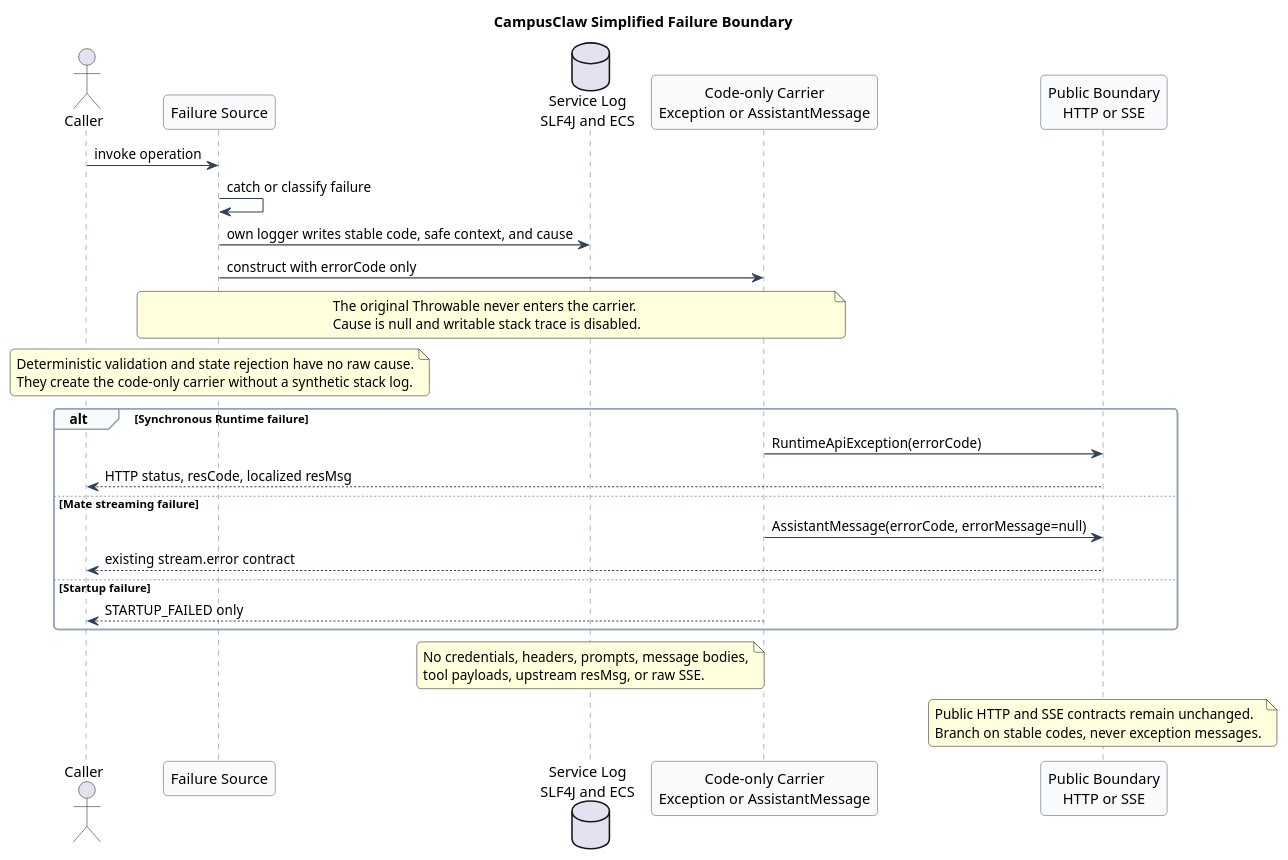
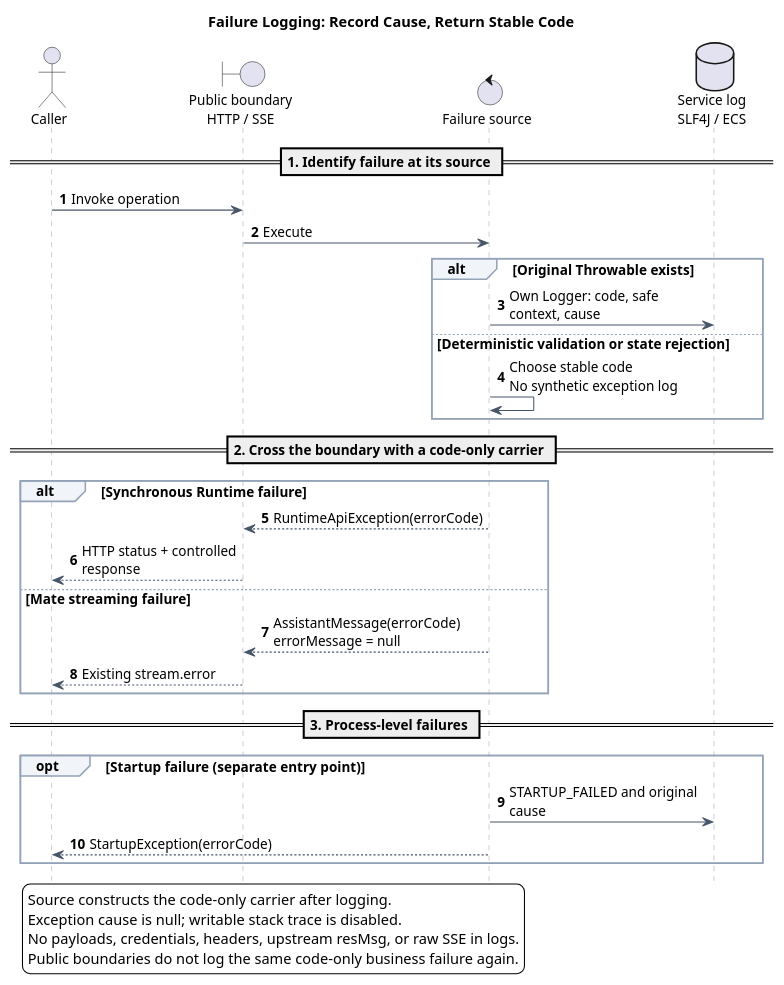
The diagram in 01-总体架构/05-CampusClaw调用日志/diagram.puml (ssm0808/pi-mono-java-design), drawn with PlantUML before and after one commit. The commit also changed 212 other files, not shown here.

Commit message:
docs(design): 精简模块文档并重排全仓设计图

```diff
--- a/01-总体架构/05-CampusClaw调用日志/diagram.puml
+++ b/01-总体架构/05-CampusClaw调用日志/diagram.puml
@@ -18,57 +18,55 @@
 @startuml campusclaw_failure_boundary
-title CampusClaw Simplified Failure Boundary
 
-skinparam backgroundColor #FFFFFF
+title Failure Logging: Record Cause, Return Stable Code
+autonumber
+hide footbox
+skinparam backgroundColor white
 skinparam shadowing false
-skinparam roundcorner 8
+skinparam defaultFontSize 13
+skinparam maxMessageSize 190
+skinparam BoxPadding 10
 skinparam sequence {
-  ArrowColor #334155
-  LifeLineBorderColor #64748B
-  LifeLineBackgroundColor #F8FAFC
-  ParticipantBorderColor #475569
+  ArrowColor #475569
+  LifeLineBorderColor #94A3B8
+  ParticipantBorderColor #64748B
   ParticipantBackgroundColor #F8FAFC
   GroupBorderColor #94A3B8
-  GroupBackgroundColor #F8FAFC
+  GroupBackgroundColor #F1F5F9
 }
 
 actor Caller
-participant "Failure Source" as Source
-database "Service Log\nSLF4J and ECS" as Log
-participant "Code-only Carrier\nException or AssistantMessage" as Carrier
-participant "Public Boundary\nHTTP or SSE" as Public
+boundary "Public boundary\nHTTP / SSE" as Public
+control "Failure source" as Source
+database "Service log\nSLF4J / ECS" as Log
 
-Caller -> Source : invoke operation
-Source -> Source : catch or classify failure
-Source -> Log : own logger writes stable code, safe context, and cause
-Source -> Carrier : construct with errorCode only
-
-note over Source, Carrier
-The original Throwable never enters the carrier.
-Cause is null and writable stack trace is disabled.
-end note
-
-note over Source
-Deterministic validation and state rejection have no raw cause.
-They create the code-only carrier without a synthetic stack log.
-end note
-
-alt Synchronous Runtime failure
-  Carrier -> Public : RuntimeApiException(errorCode)
-  Public --> Caller : HTTP status, resCode, localized resMsg
-else Mate streaming failure
-  Carrier -> Public : AssistantMessage(errorCode, errorMessage=null)
-  Public --> Caller : existing stream.error contract
-else Startup failure
-  Carrier --> Caller : STARTUP_FAILED only
+== 1. Identify failure at its source ==
+Caller -> Public : Invoke operation
+Public -> Source : Execute
+alt Original Throwable exists
+  Source -> Log : Own Logger: code, safe context, cause
+else Deterministic validation or state rejection
+  Source -> Source : Choose stable code\nNo synthetic exception log
 end
 
-note over Log
-No credentials, headers, prompts, message bodies,
-tool payloads, upstream resMsg, or raw SSE.
-end note
+== 2. Cross the boundary with a code-only carrier ==
+alt Synchronous Runtime failure
+  Source --> Public : RuntimeApiException(errorCode)
+  Public --> Caller : HTTP status + controlled response
+else Mate streaming failure
+  Source --> Public : AssistantMessage(errorCode)\nerrorMessage = null
+  Public --> Caller : Existing stream.error
+end
 
-note over Public
-Public HTTP and SSE contracts remain unchanged.
-Branch on stable codes, never exception messages.
-end note
+== 3. Process-level failures ==
+opt Startup failure (separate entry point)
+  Source -> Log : STARTUP_FAILED and original cause
+  Source --> Caller : StartupException(errorCode)
+end
+
+legend bottom left
+Source constructs the code-only carrier after logging.
+Exception cause is null; writable stack trace is disabled.
+No payloads, credentials, headers, upstream resMsg, or raw SSE in logs.
+Public boundaries do not log the same code-only business failure again.
+endlegend
 @enduml
```
